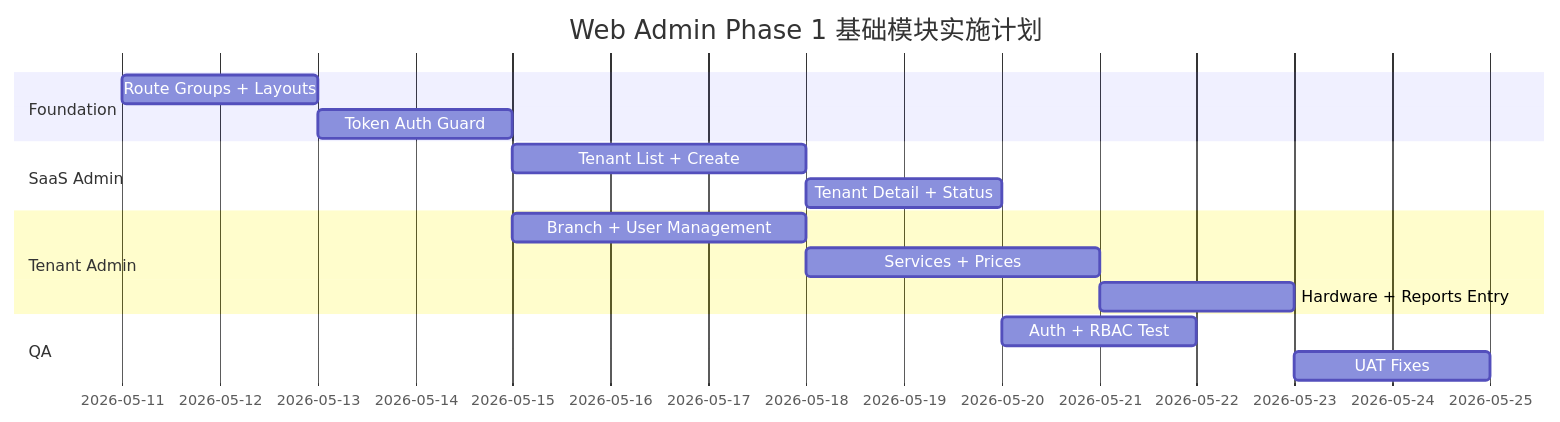
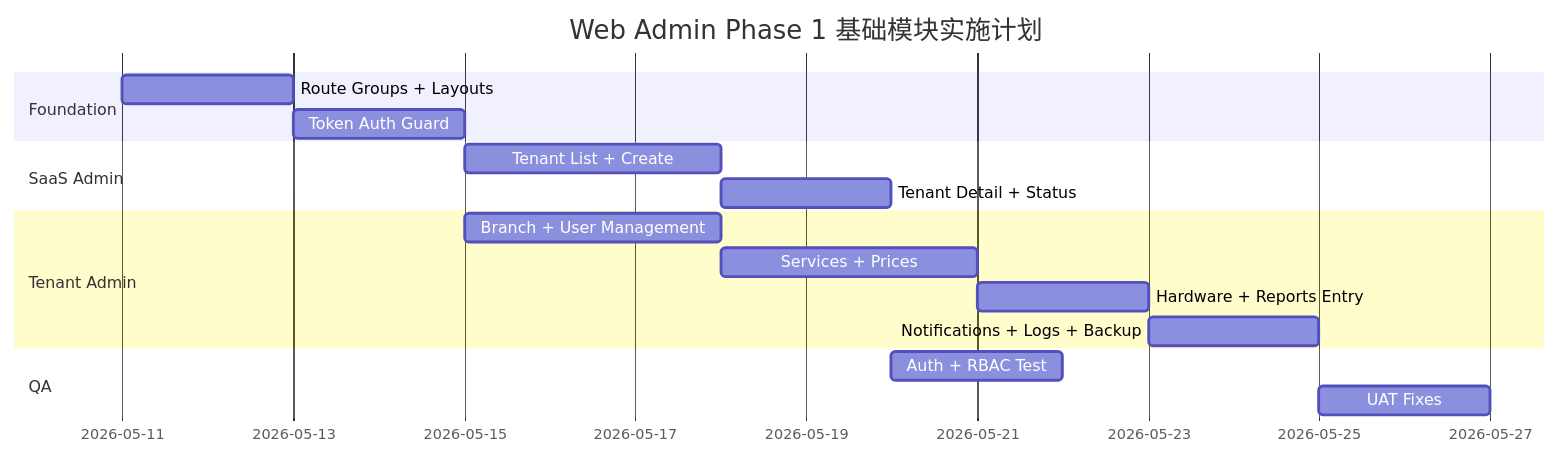
One commit to yannqing/Clean-Hub changed the fifth of 5 diagrams in docs/04-technical/trd/Clean_Hub-Phase_1-Web_Admin基础模块-TRD-v0.1.md. Above: the diagram before and after it, drawn with Mermaid. The commit also changed other lines of this file and 10 other files, not shown here.

````diff
--- a/docs/04-technical/trd/Clean_Hub-Phase_1-Web_Admin基础模块-TRD-v0.1.md
+++ b/docs/04-technical/trd/Clean_Hub-Phase_1-Web_Admin基础模块-TRD-v0.1.md
@@ -653,18 +775,19 @@
 ```mermaid
 gantt
     title Web Admin Phase 1 基础模块实施计划
     dateFormat  YYYY-MM-DD
     section Foundation
     Route Groups + Layouts       :a1, 2026-05-11, 2d
     Token Auth Guard             :a2, after a1, 2d
     section SaaS Admin
     Tenant List + Create         :b1, after a2, 3d
     Tenant Detail + Status       :b2, after b1, 2d
     section Tenant Admin
     Branch + User Management     :c1, after a2, 3d
     Services + Prices            :c2, after c1, 3d
     Hardware + Reports Entry     :c3, after c2, 2d
+    Notifications + Logs + Backup:c4, after c3, 2d
     section QA
     Auth + RBAC Test             :d1, after b2, 2d
-    UAT Fixes                    :d2, after c3, 2d
+    UAT Fixes                    :d2, after c4, 2d
 ```
````
